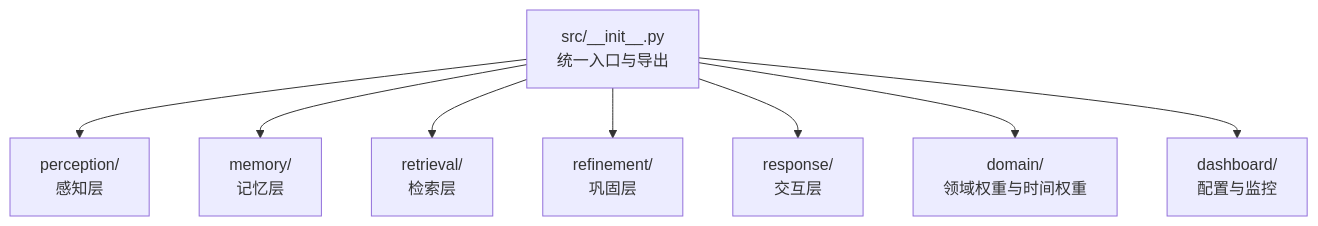
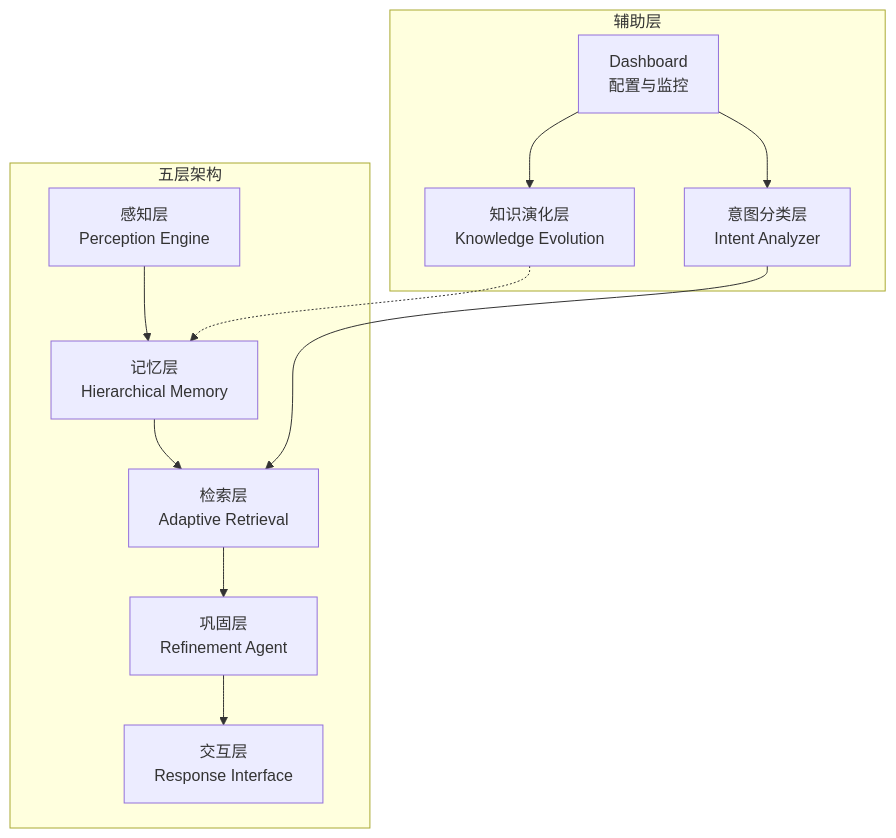
One commit to JieGaoPrinceton/NecoRAG changed the first of 8 diagrams in .qoder/repowiki/zh/content/项目概述/技术架构概览.md. Above: the diagram before and after it, drawn with Mermaid. The commit also changed other lines of this file and 222 other files, not shown here.

````diff
--- a/.qoder/repowiki/zh/content/项目概述/技术架构概览.md
+++ b/.qoder/repowiki/zh/content/项目概述/技术架构概览.md
@@ -43,10 +53,23 @@
 ```mermaid
 graph TB
-A["src/__init__.py<br/>统一入口与导出"] --> B["perception/<br/>感知层"]
-A --> C["memory/<br/>记忆层"]
-A --> D["retrieval/<br/>检索层"]
-A --> E["refinement/<br/>巩固层"]
-A --> F["response/<br/>交互层"]
-A --> G["domain/<br/>领域权重与时间权重"]
-A --> H["dashboard/<br/>配置与监控"]
+subgraph "五层架构"
+P["感知层<br/>Perception Engine"]
+M["记忆层<br/>Hierarchical Memory"]
+R["检索层<br/>Adaptive Retrieval"]
+F["巩固层<br/>Refinement Agent"]
+S["交互层<br/>Response Interface"]
+end
+subgraph "辅助层"
+I["意图分类层<br/>Intent Analyzer"]
+K["知识演化层<br/>Knowledge Evolution"]
+D["Dashboard<br/>配置与监控"]
+end
+P --> M
+M --> R
+R --> F
+F --> S
+I --> R
+K -.-> M
+D --> K
+D --> I
 ```
````
